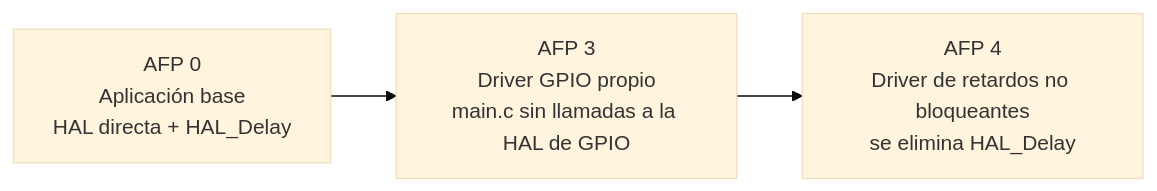
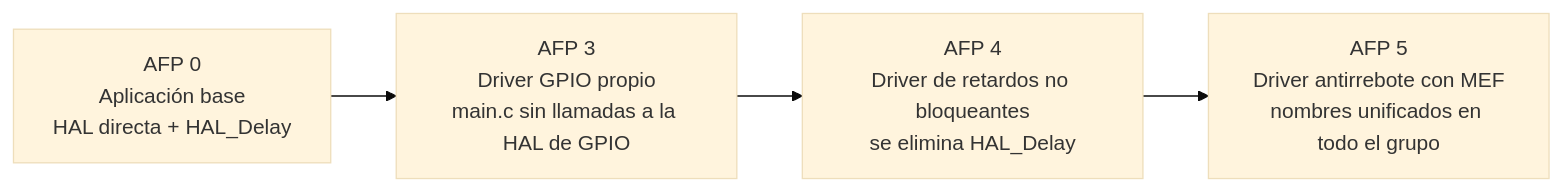
One commit to Fedemayol024/Grupo_6_TDII_2026 changed the first of 2 diagrams in README.md. Above: the diagram before and after it, drawn with Mermaid (base theme). The commit also changed other lines of this file and 4 other files, not shown here.

````diff
--- a/README.md
+++ b/README.md
@@ -22,5 +22,6 @@
 ```mermaid
 graph LR
     A["AFP 0<br/>Aplicación base<br/>HAL directa + HAL_Delay"] --> B["AFP 3<br/>Driver GPIO propio<br/>main.c sin llamadas a la HAL de GPIO"]
     B --> C["AFP 4<br/>Driver de retardos no bloqueantes<br/>se elimina HAL_Delay"]
+    C --> D["AFP 5<br/>Driver antirrebote con MEF<br/>nombres unificados en todo el grupo"]
 ```
````
